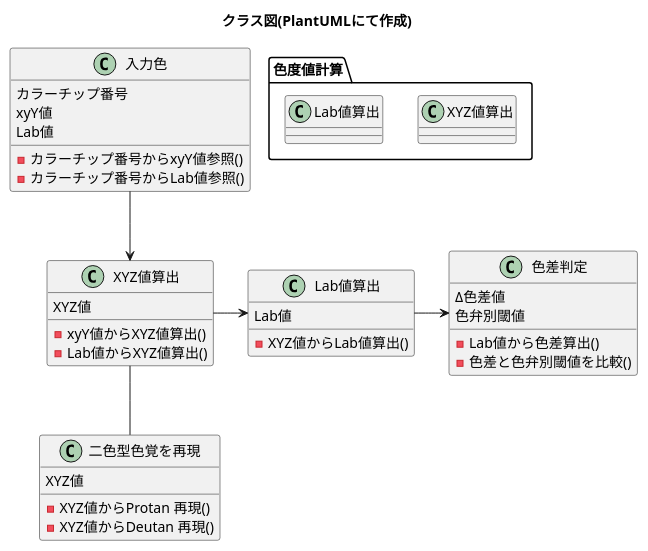
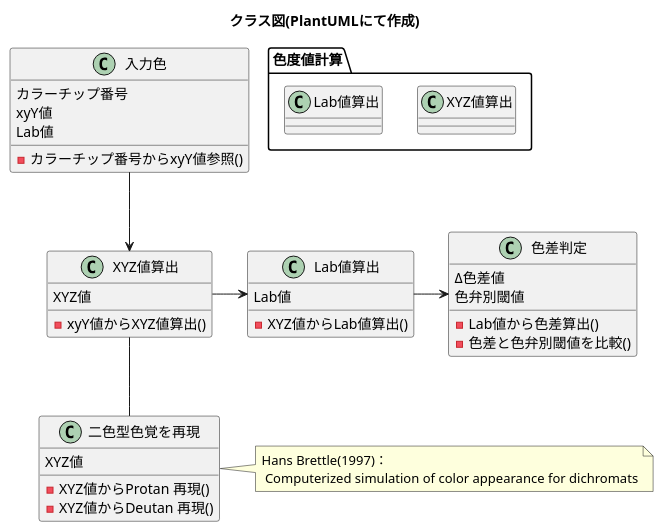
One commit to Kahiro-M/DichroSim changed the diagram in DichroSim/design/Class.wsd. Above: the diagram before and after it, drawn with PlantUML. The commit also changed 11 other files, not shown here.

Commit message:
クラス図に基づいてライブラリのファイルを分割

```diff
--- a/DichroSim/design/Class.wsd
+++ b/DichroSim/design/Class.wsd
@@ -1,51 +1,50 @@
 @startuml
 title クラス図(PlantUMLにて作成) 
 
 class 入力色{
  カラーチップ番号
  xyY値
  Lab値
  - カラーチップ番号からxyY値参照()
- - カラーチップ番号からLab値参照()
 }
 
 package 色度値計算{
  class XYZ値算出
  class Lab値算出
 }
 
 class XYZ値算出{
  XYZ値
  -xyY値からXYZ値算出()
- -Lab値からXYZ値算出()
 }
 
 class Lab値算出{
  Lab値
  -XYZ値からLab値算出()
 }
 
 class 二色型色覚を再現{
  XYZ値
  -XYZ値からProtan 再現()
  -XYZ値からDeutan 再現()
 }
+note right :Hans Brettle(1997)： \n Computerized simulation of color appearance for dichromats
 
 class 色差判定{
  Δ色差値
  色弁別閾値
  -Lab値から色差算出()
  -色差と色弁別閾値を比較()
 }
 
 入力色 --> XYZ値算出
 XYZ値算出 -- 二色型色覚を再現
 XYZ値算出 -> Lab値算出
 
 Lab値算出 -> 色差判定
 
 
 
 
 
 @enduml
```
